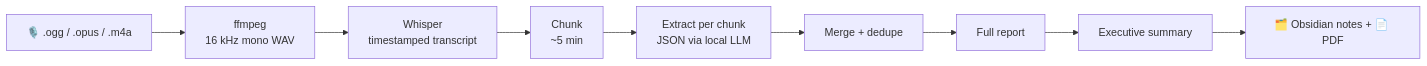
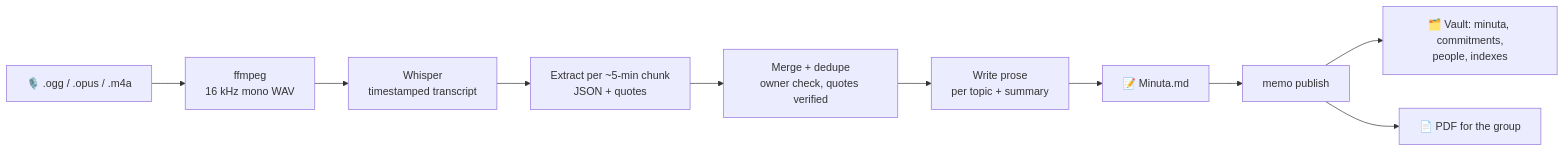
The diagram in README.md (pamobo0609/crc_memo), drawn with Mermaid before and after one commit. The commit also changed other lines of this file and 15 other files, not shown here.

````diff
--- a/README.md
+++ b/README.md
@@ -42,11 +44,12 @@
 ```mermaid
 flowchart LR
     A[🎙️ .ogg / .opus / .m4a] --> B[ffmpeg<br/>16 kHz mono WAV]
     B --> C[Whisper<br/>timestamped transcript]
-    C --> D[Chunk<br/>~5 min]
-    D --> E[Extract per chunk<br/>JSON via local LLM]
-    E --> F[Merge + dedupe]
-    F --> G[Full report]
-    G --> H[Executive summary]
-    H --> I[🗂️ Obsidian notes + 📄 PDF]
+    C --> D[Extract per ~5-min chunk<br/>JSON + quotes]
+    D --> E[Merge + dedupe<br/>owner check, quotes verified]
+    E --> F[Write prose<br/>per topic + summary]
+    F --> G[📝 Minuta.md]
+    G --> H[memo publish]
+    H --> I[🗂️ Vault: minuta, commitments,<br/>people, indexes]
+    H --> J[📄 PDF for the group]
 ```
````
